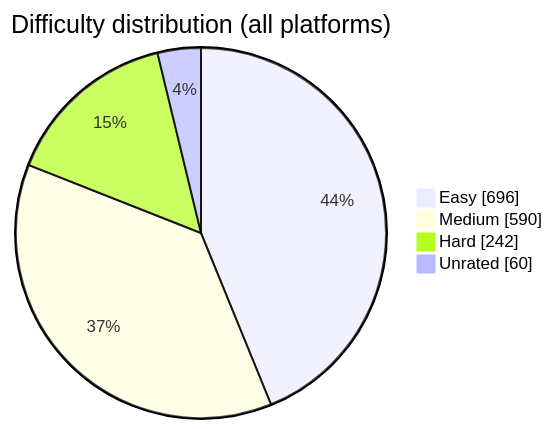
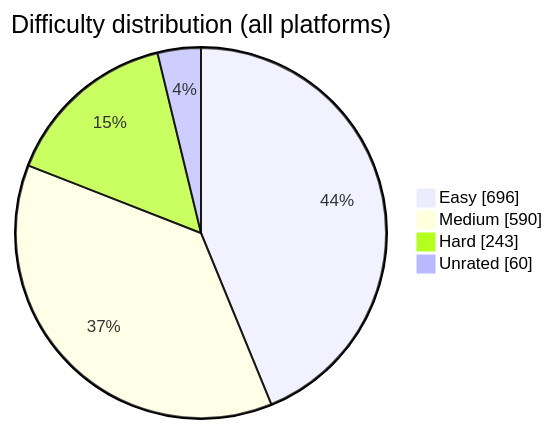
One commit to BuildbyArindam/Daily-Coding-Log changed the diagram in README.md. Above: the diagram before and after it, drawn with Mermaid. The commit also changed other lines of this file, not shown here.

````diff
--- a/README.md
+++ b/README.md
@@ -93,7 +93,7 @@
 ```mermaid
 pie showData title Difficulty distribution (all platforms)
     "Easy" : 696
     "Medium" : 590
-    "Hard" : 242
+    "Hard" : 243
     "Unrated" : 60
 ```
````
